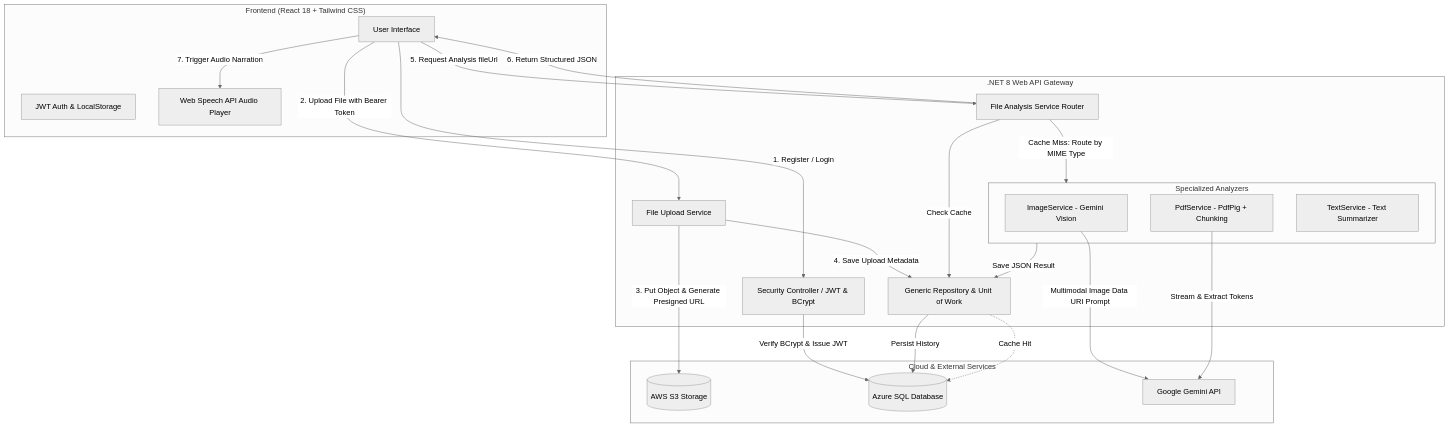
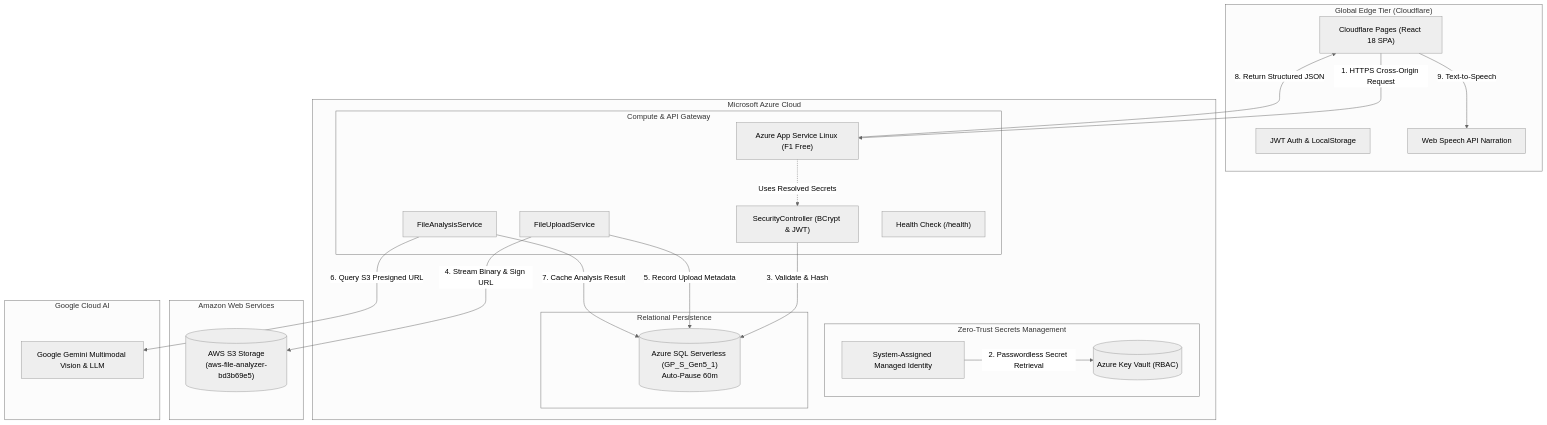
One commit to BradshawAsher/aws-file-analyzer changed the diagram in README.md. Above: the diagram before and after it, drawn with Mermaid (neutral theme). The commit also changed other lines of this file and 22 other files, not shown here.

First line of the commit message:
feat(auth): integrate Google OAuth 2.0, multi-cloud smoke tests, and Playwright E2E suite

````diff
--- a/README.md
+++ b/README.md
@@ -27,45 +36,47 @@
 ```mermaid
 flowchart TD
-    subgraph Client ["Frontend (React 18 + Tailwind CSS)"]
-        UI[User Interface]
-        Auth[JWT Auth & LocalStorage]
-        Voice[Web Speech API Audio Player]
+    subgraph Edge ["Global Edge Tier (Cloudflare)"]
+        CF["Cloudflare Pages (React 18 SPA)"]
+        BrowserAuth["JWT Auth & LocalStorage"]
+        Voice["Web Speech API Narration"]
     end
 
-    subgraph Backend [".NET 8 Web API Gateway"]
-        Security[Security Controller / JWT & BCrypt]
-        UploadService[File Upload Service]
-        AnalysisService[File Analysis Service Router]
-        
-        subgraph SpecializedServices ["Specialized Analyzers"]
-            ImageSvc[ImageService - Gemini Vision]
-            PdfSvc[PdfService - PdfPig + Chunking]
-            TextSvc[TextService - Text Summarizer]
+    subgraph AzureCloud ["Microsoft Azure Cloud"]
+        subgraph ComputeTier ["Compute & API Gateway"]
+            AppService["Azure App Service Linux (F1 Free)"]
+            SecCtrl["SecurityController (BCrypt & JWT)"]
+            UploadSvc["FileUploadService"]
+            AnalysisSvc["FileAnalysisService"]
+            HealthCheck["Health Check (/health)"]
         end
-        
-        Repo[Generic Repository & Unit of Work]
+
+        subgraph SecurityTier ["Zero-Trust Secrets Management"]
+            KeyVault[("Azure Key Vault (RBAC)")]
+            ManagedId["System-Assigned Managed Identity"]
+        end
+
+        subgraph DataTier ["Relational Persistence"]
+            AzureSQL[("Azure SQL Serverless (GP_S_Gen5_1)<br/>Auto-Pause 60m")]
+        end
     end
 
-    subgraph Cloud ["Cloud & External Services"]
-        S3[(AWS S3 Storage)]
-        AzureSQL[(Azure SQL Database)]
-        Gemini[Google Gemini API]
+    subgraph AWSCloud ["Amazon Web Services"]
+        S3[("AWS S3 Storage<br/>(aws-file-analyzer-bd3b69e5)")]
     end
 
-    UI -->|1. Register / Login| Security
-    Security -->|Verify BCrypt & Issue JWT| AzureSQL
-    UI -->|2. Upload File with Bearer Token| UploadService
-    UploadService -->|3. Put Object & Generate Presigned URL| S3
-    UploadService -->|4. Save Upload Metadata| Repo
-    Repo -->|Persist History| AzureSQL
+    subgraph GoogleCloud ["Google Cloud AI"]
+        Gemini["Google Gemini Multimodal Vision & LLM"]
+    end
 
-    UI -->|5. Request Analysis fileUrl| AnalysisService
-    AnalysisService -->|Check Cache| Repo
-    Repo -.->|Cache Hit| AzureSQL
-    AnalysisService -->|Cache Miss: Route by MIME Type| SpecializedServices
-    ImageSvc -->|Multimodal Image Data URI Prompt| Gemini
-    PdfSvc -->|Stream & Extract Tokens| Gemini
-    SpecializedServices -->|Save JSON Result| Repo
-    AnalysisService -->|6. Return Structured JSON| UI
-    UI -->|7. Trigger Audio Narration| Voice
+    %% Flow connections
+    CF -->|1. HTTPS Cross-Origin Request| AppService
+    ManagedId -->|2. Passwordless Secret Retrieval| KeyVault
+    AppService -.->|Uses Resolved Secrets| SecCtrl
+    SecCtrl -->|3. Validate & Hash| AzureSQL
+    UploadSvc -->|4. Stream Binary & Sign URL| S3
+    UploadSvc -->|5. Record Upload Metadata| AzureSQL
+    AnalysisSvc -->|6. Query S3 Presigned URL| Gemini
+    AnalysisSvc -->|7. Cache Analysis Result| AzureSQL
+    AppService -->|8. Return Structured JSON| CF
+    CF -->|9. Text-to-Speech| Voice
 ```
````
